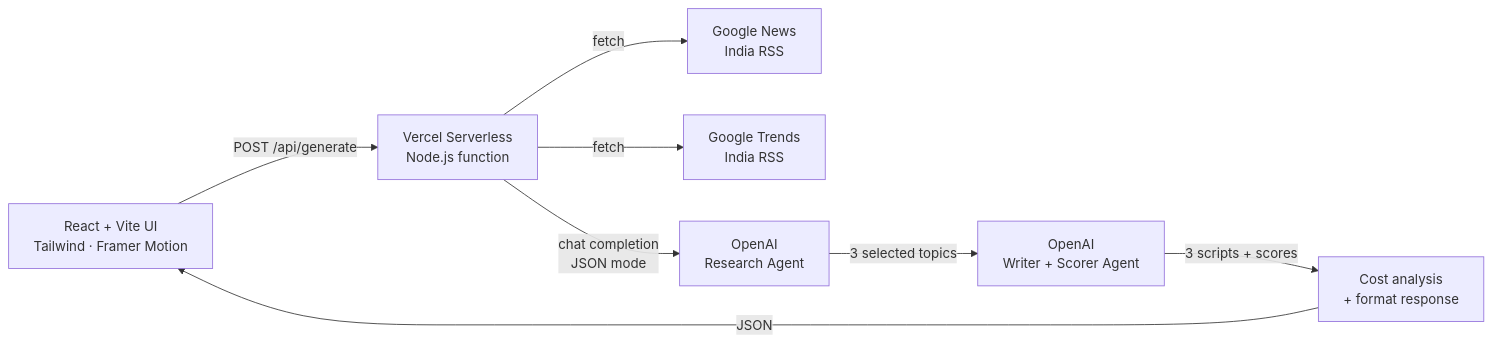
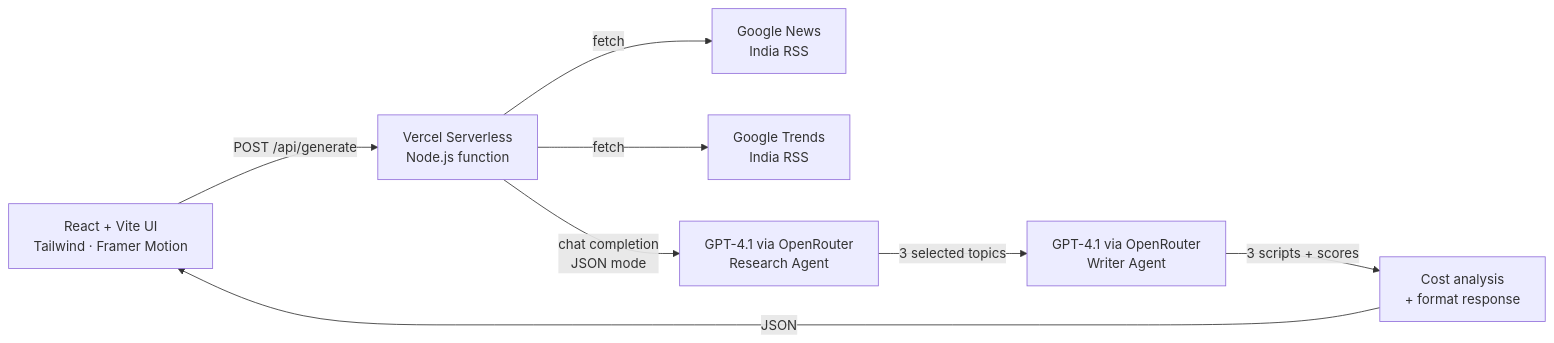
One commit to aksheyw/kahaaniAI changed the diagram in README.md. Above: the diagram before and after it, drawn with Mermaid. The commit also changed other lines of this file and 1 other file, not shown here.

````diff
--- a/README.md
+++ b/README.md
@@ -54,10 +75,10 @@
 ```mermaid
 flowchart LR
     A[React + Vite UI<br/>Tailwind · Framer Motion] -->|POST /api/generate| B[Vercel Serverless<br/>Node.js function]
     B -->|fetch| C[Google News<br/>India RSS]
     B -->|fetch| D[Google Trends<br/>India RSS]
-    B -->|chat completion<br/>JSON mode| E[OpenAI<br/>Research Agent]
-    E -->|3 selected topics| F[OpenAI<br/>Writer + Scorer Agent]
+    B -->|chat completion<br/>JSON mode| E[GPT-4.1 via OpenRouter<br/>Research Agent]
+    E -->|3 selected topics| F[GPT-4.1 via OpenRouter<br/>Writer Agent]
     F -->|3 scripts + scores| G[Cost analysis<br/>+ format response]
     G -->|JSON| A
 ```
````
